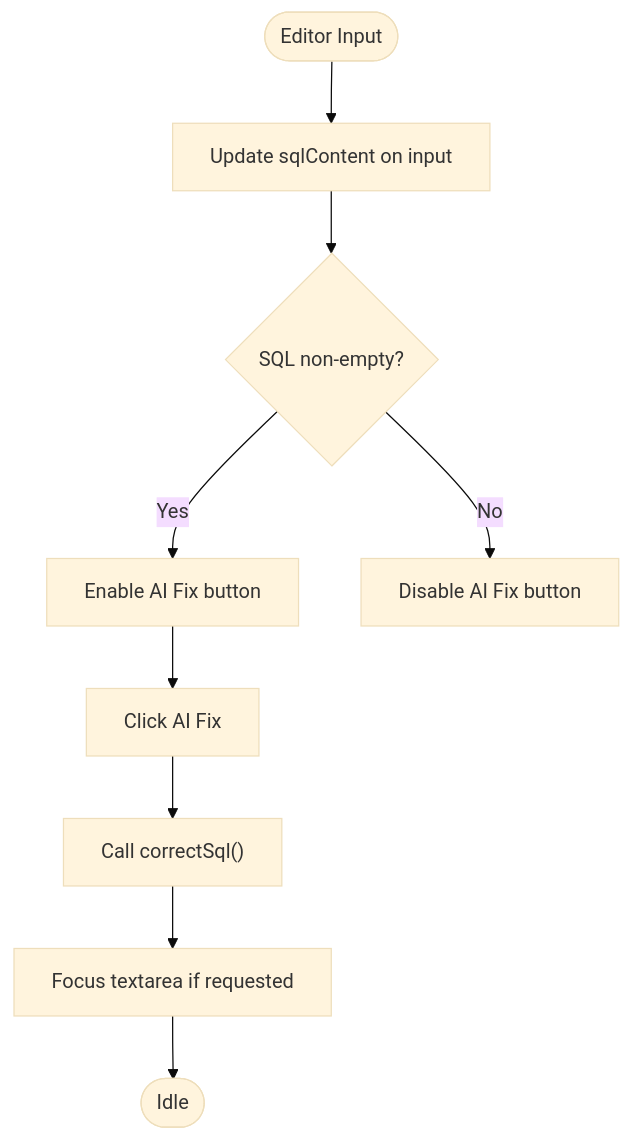
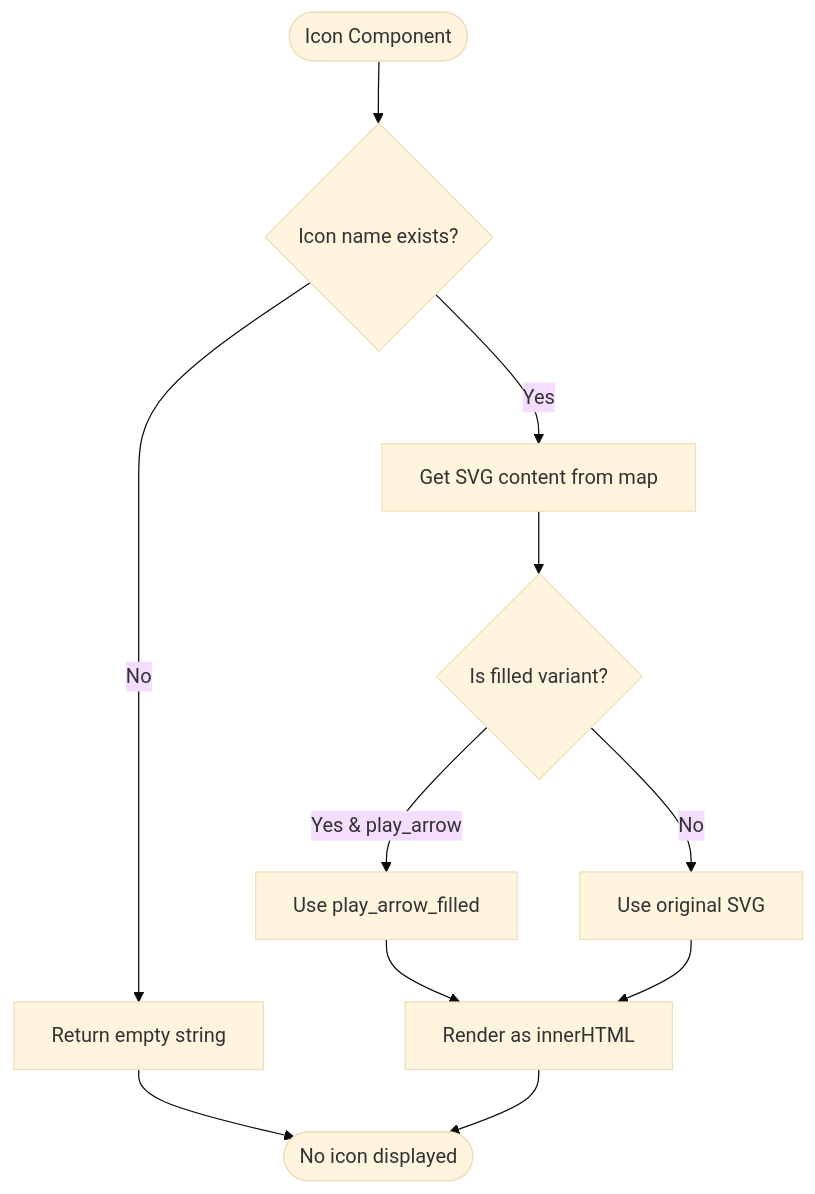
Before and after one commit to sutanto1010/crablite: the third of 9 diagrams in .qoder/repowiki/en/content/Frontend Development/Core Components.md, drawn with Mermaid (base theme). The commit also changed other lines of this file and 25 other files, not shown here.

First line of the commit message:
feat(metadata): add comprehensive database schema and internals API endpoints

````diff
--- a/.qoder/repowiki/en/content/Frontend Development/Core Components.md
+++ b/.qoder/repowiki/en/content/Frontend Development/Core Components.md
@@ -147,11 +180,13 @@
 ```mermaid
 flowchart TD
-Start(["Editor Input"]) --> Update["Update sqlContent on input"]
-Update --> ShowFix{"SQL non-empty?"}
-ShowFix --> |Yes| EnableFix["Enable AI Fix button"]
-ShowFix --> |No| DisableFix["Disable AI Fix button"]
-EnableFix --> ClickFix["Click AI Fix"]
-ClickFix --> Correct["Call correctSql()"]
-Correct --> Focus["Focus textarea if requested"]
-Focus --> End(["Idle"])
+Start(["Icon Component"]) --> CheckName{"Icon name exists?"}
+CheckName --> |Yes| GetSVG["Get SVG content from map"]
+CheckName --> |No| Empty["Return empty string"]
+GetSVG --> CheckFilled{"Is filled variant?"}
+CheckFilled --> |Yes & play_arrow| UseFilled["Use play_arrow_filled"]
+CheckFilled --> |No| UseOriginal["Use original SVG"]
+UseFilled --> Render["Render as innerHTML"]
+UseOriginal --> Render
+Empty --> End(["No icon displayed"])
+Render --> End
 ```
````
